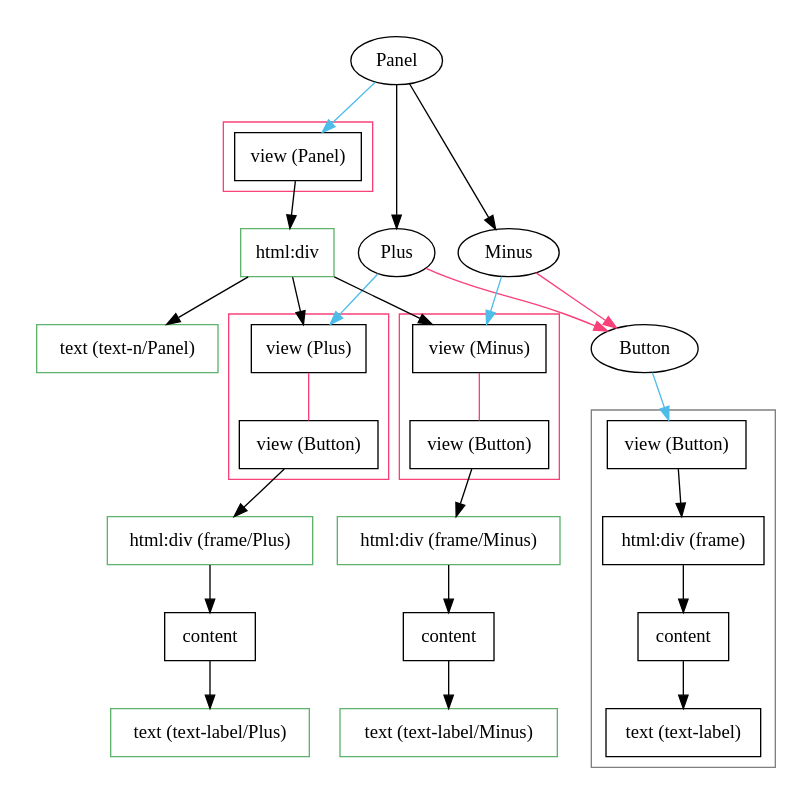
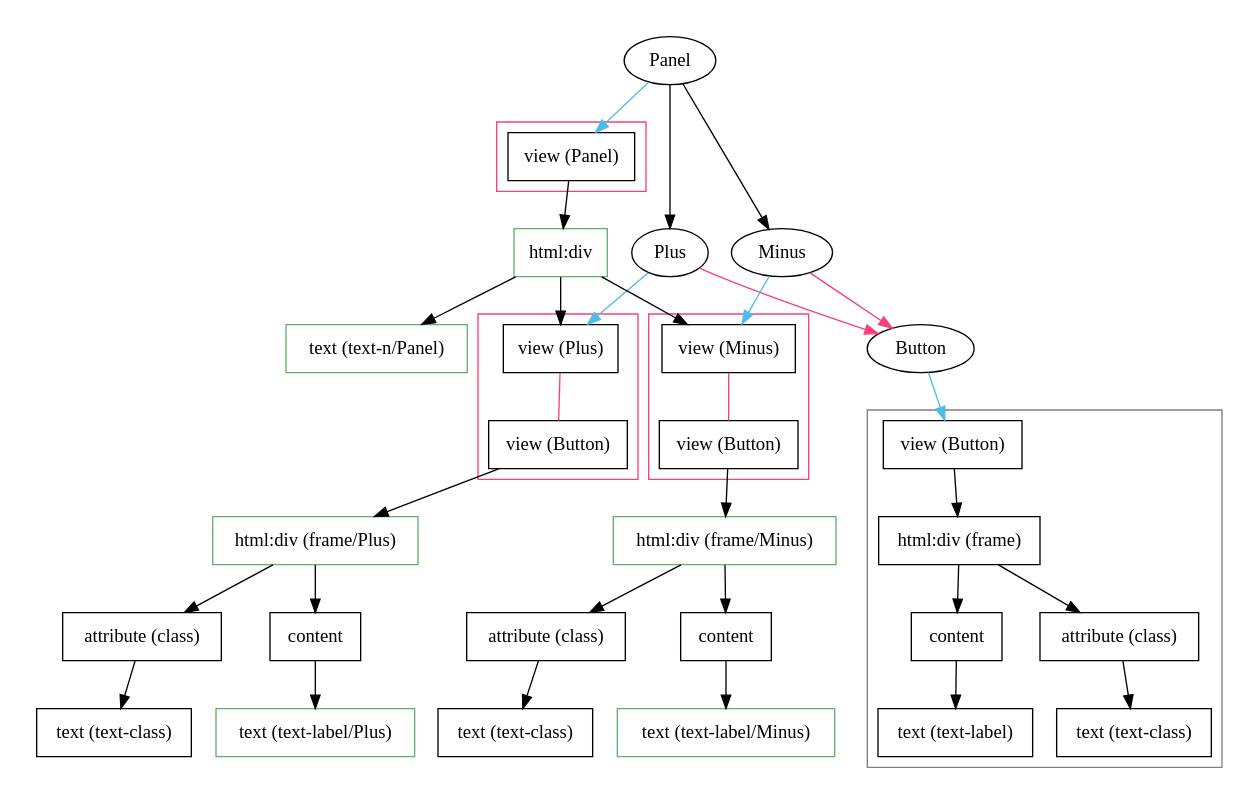
The diagram in spec/fig/panel-runtime.gv (bendr/bender), drawn with Graphviz before and after one commit. The commit also changed 6 other files, not shown here.

```diff
--- a/spec/fig/panel-runtime.gv
+++ b/spec/fig/panel-runtime.gv
@@ -1,74 +1,85 @@
 digraph panel {
   node [fontname="Avenir Next"];
   edge [fontname="Avenir Next"];
 
   subgraph cluster_panel {
     color="white";
     Panel [ordering=out]
     Panel -> vpanel [color="#4dbce9"]
     Panel -> Plus
     Panel -> Minus
 
     subgraph { rank=same; Plus; Minus }
 
     subgraph cluster_panel_stack { color="#f94179"; vpanel; }
     subgraph cluster_plus_stack { color="#f94179"; vplus; vbutton_; }
     subgraph cluster_minus_stack { color="#f94179"; vminus; vbutton__; }
 
     div1 [label="html:div", shape=box, color="#5eb26b"]
     vpanel [label="view (Panel)", shape=box]
     vminus [label="view (Minus)", shape=box]
     vplus [label="view (Plus)", shape=box]
     vbutton_ [label="view (Button)", shape=box]
     frame_ [label="html:div (frame/Plus)", shape=box, color="#5eb26b"]
+    attr_ [label="attribute (class)", shape=box]
+    textclass_ [label="text (text-class)", shape=box]
     content_ [label="content", shape=box]
     textlabel_ [label="text (text-label/Plus)", shape=box, color="#5eb26b"]
     vbutton__ [label="view (Button)", shape=box]
     frame__ [label="html:div (frame/Minus)", shape=box, color="#5eb26b"]
+    attr__ [label="attribute (class)", shape=box]
+    textclass__ [label="text (text-class)", shape=box]
     content__ [label="content", shape=box]
     textlabel__ [label="text (text-label/Minus)", shape=box, color="#5eb26b"]
 
     textn [label="text (text-n/Panel)", shape=box, color="#5eb26b"]
     vpanel -> div1
     div1 -> textn
     div1 -> vminus
     div1 -> vplus
 
     Plus -> vplus [color="#4dbce9"]
     Minus -> vminus [color="#4dbce9"]
 
-
     vplus -> vbutton_ [dir=none, color="#f94179"]
     vbutton_ -> frame_
+    frame_ -> attr_
+    attr_ -> textclass_
     frame_ -> content_
     content_ -> textlabel_
 
     vminus -> vbutton__ [dir=none, color="#f94179"]
     vbutton__ -> frame__
+    frame__ -> attr__
+    attr__ -> textclass__
     frame__ -> content__
     content__ -> textlabel__
 
   }
 
   Minus -> Button [color="#f94179"]
   Plus -> Button [color="#f94179"]
 
   subgraph cluster_button {
     color=white;
     Button -> vbutton [color="#4dbce9"]
 
     subgraph cluster_unrendered {
       color="gray";
 
       vbutton [label="view (Button)", shape=box]
       frame [label="html:div (frame)", shape=box]
       content [shape=box]
+      attr [label="attribute (class)", shape=box]
+      textclass [label="text (text-class)", shape=box]
       textlabel [label="text (text-label)", shape=box]
       vbutton -> frame
+      frame -> attr
+      attr -> textclass
       frame -> content
       content -> textlabel
     }
 
   }
 
 }
```
